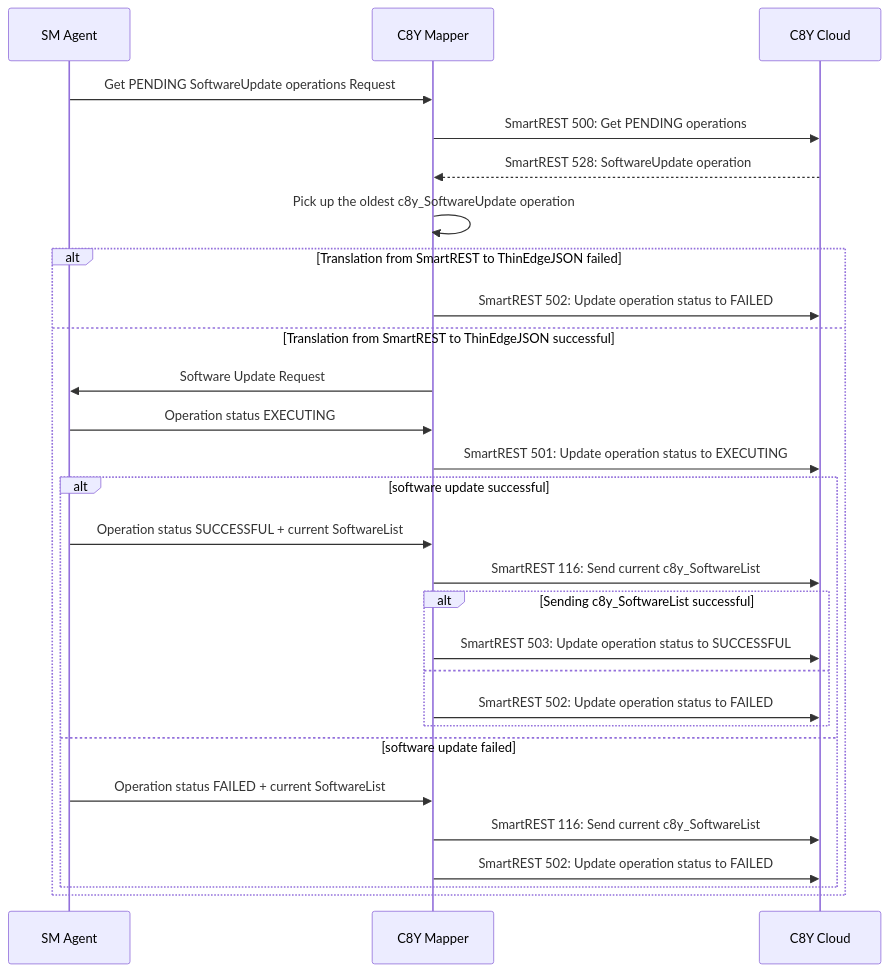
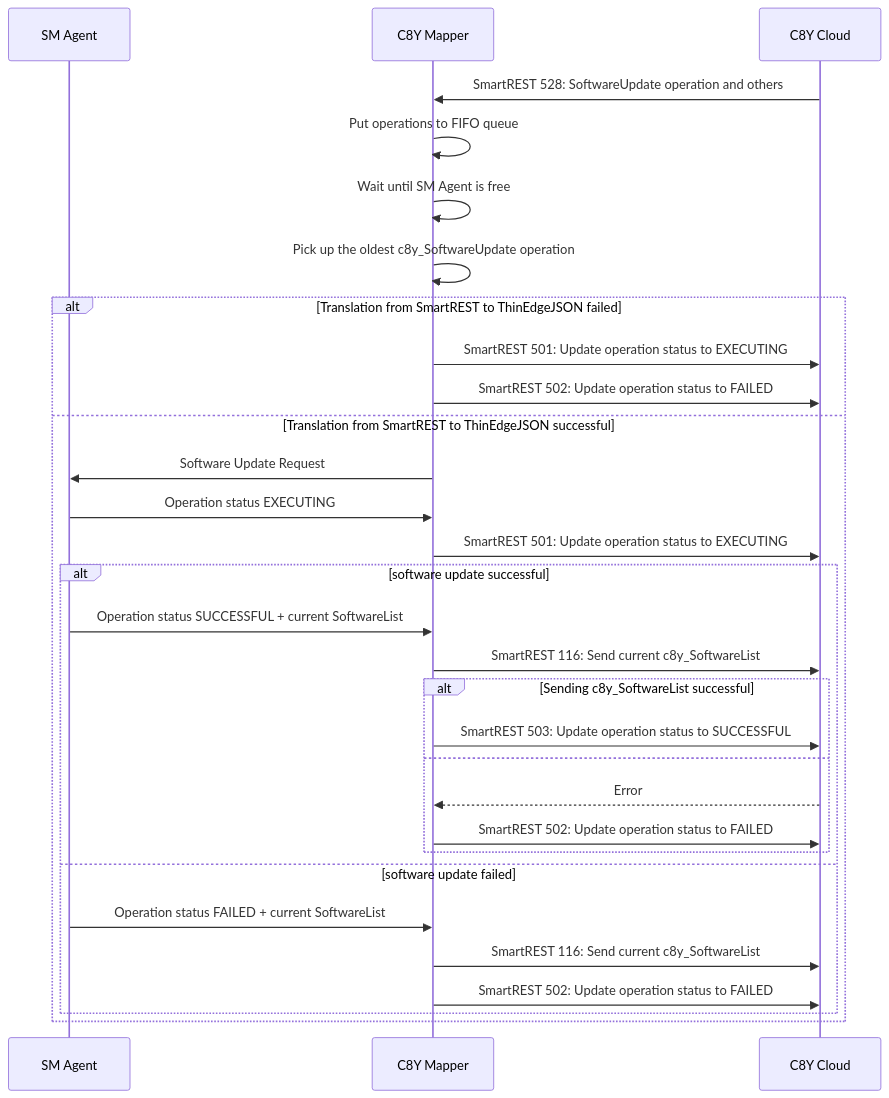
Before and after one commit to thin-edge/thin-edge.io-specs: the third of 3 diagrams in src/software-management/c8y-mapper-operation-handling.md, drawn with Mermaid. The commit also changed other lines of this file and 1 other file, not shown here.

Commit message:
Sync to SM Agent specs

````diff
--- a/src/software-management/c8y-mapper-operation-handling.md
+++ b/src/software-management/c8y-mapper-operation-handling.md
@@ -34,35 +72,35 @@
 ```mermaid
 sequenceDiagram
     participant SM Agent
     participant C8Y Mapper
     participant C8Y Cloud
-
-    SM Agent ->> C8Y Mapper: Get PENDING SoftwareUpdate operations Request
-    C8Y Mapper ->> C8Y Cloud: SmartREST 500: Get PENDING operations
-
-    C8Y Cloud -->> C8Y Mapper: SmartREST 528: SoftwareUpdate operation
     
+    C8Y Cloud ->> C8Y Mapper: SmartREST 528: SoftwareUpdate operation and others
+    C8Y Mapper ->> C8Y Mapper: Put operations to FIFO queue
+    C8Y Mapper ->> C8Y Mapper: Wait until SM Agent is free
     C8Y Mapper ->> C8Y Mapper: Pick up the oldest c8y_SoftwareUpdate operation
     alt Translation from SmartREST to ThinEdgeJSON failed
+        C8Y Mapper ->> C8Y Cloud: SmartREST 501: Update operation status to EXECUTING
         C8Y Mapper ->> C8Y Cloud: SmartREST 502: Update operation status to FAILED
     else Translation from SmartREST to ThinEdgeJSON successful
         C8Y Mapper ->> SM Agent: Software Update Request
     
         SM Agent ->> C8Y Mapper: Operation status EXECUTING
         C8Y Mapper ->> C8Y Cloud: SmartREST 501: Update operation status to EXECUTING
         
         alt software update successful
             SM Agent ->> C8Y Mapper: Operation status SUCCESSFUL + current SoftwareList
             C8Y Mapper ->> C8Y Cloud: SmartREST 116: Send current c8y_SoftwareList
             alt Sending c8y_SoftwareList successful
                 C8Y Mapper ->> C8Y Cloud: SmartREST 503: Update operation status to SUCCESSFUL
             else 
+                C8Y Cloud -->> C8Y Mapper: Error
                 C8Y Mapper ->> C8Y Cloud: SmartREST 502: Update operation status to FAILED
             end
         else software update failed
             SM Agent ->> C8Y Mapper: Operation status FAILED + current SoftwareList
             C8Y Mapper ->> C8Y Cloud: SmartREST 116: Send current c8y_SoftwareList
             C8Y Mapper ->> C8Y Cloud: SmartREST 502: Update operation status to FAILED
         end
     end
 ```
````
